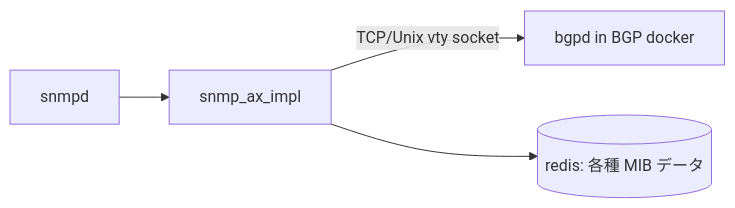
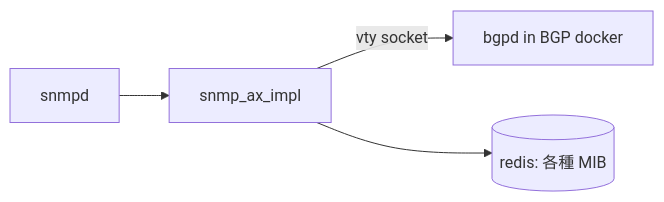
The first of 3 diagrams in docs/routing/ciscobgp4mib-implementation-changes.md (aoki-taquan/sonic-unofficial-docs), drawn with Mermaid before and after one commit. The commit also changed other lines of this file and 4 other files, not shown here.

````diff
--- a/docs/routing/ciscobgp4mib-implementation-changes.md
+++ b/docs/routing/ciscobgp4mib-implementation-changes.md
@@ -31,6 +32,6 @@
 ```mermaid
 flowchart LR
     SNMPD[snmpd] --> AX[snmp_ax_impl]
-    AX -->|TCP/Unix vty socket| BGPD[bgpd in BGP docker]
-    AX --> RDB[(redis: 各種 MIB データ)]
+    AX -->|vty socket| BGPD[bgpd in BGP docker]
+    AX --> RDB[(redis: 各種 MIB)]
 ```
````
